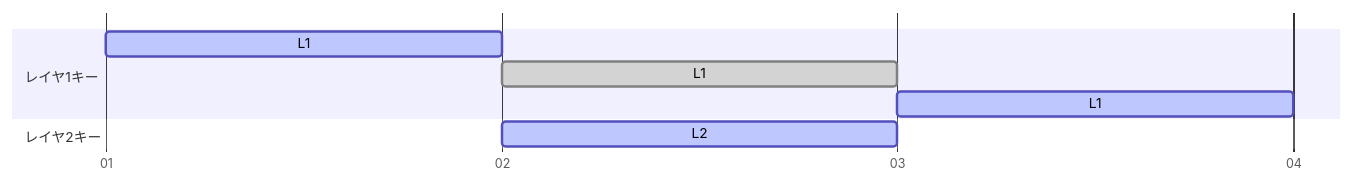
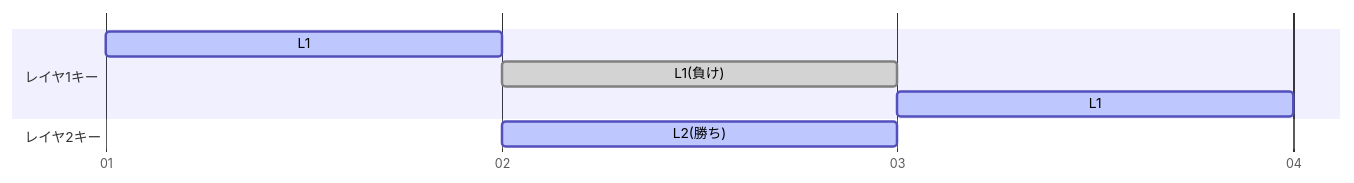
Before and after one commit to zbn10/MOKA: the second of 7 diagrams in README.md, drawn with Mermaid. The commit also changed other lines of this file, not shown here.

````diff
--- a/README.md
+++ b/README.md
@@ -162,12 +165,12 @@
 ```mermaid
 gantt
     dateFormat DD
     axisFormat %d
     tickInterval 1day
     section レイヤ1キー
         L1         :active, a1, 01, 1d
-        L1        :done, a2, after a1, 1d
+        L1(負け)        :done, a2, after a1, 1d
         L1         :active, a3, after a2, 1d
     section レイヤ2キー
-        L2         :active, b1, 02, 1d
+        L2(勝ち)         :active, b1, 02, 1d
 ```
````
